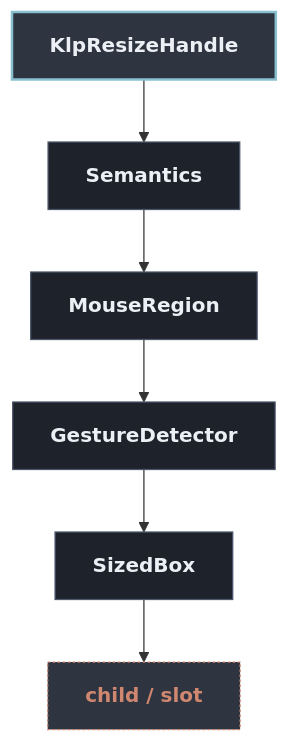
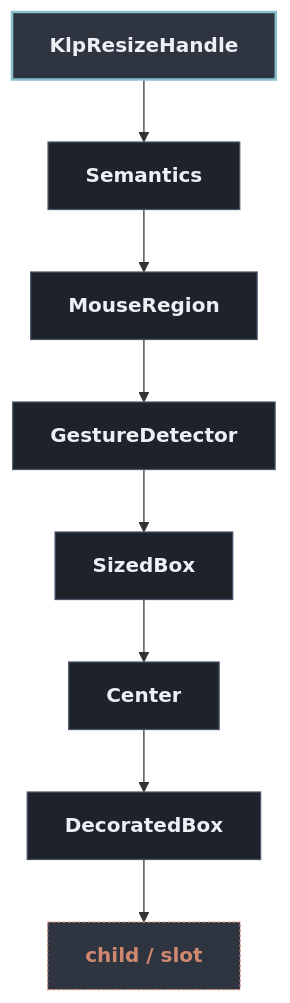
Before and after one commit to MiuDog/Kallopis: the diagram in docs/architecture/components/layout/klp_resize_handle.md, drawn with Mermaid. The commit also changed other lines of this file and 1105 other files, not shown here.

Commit message:
refactor: establish semantic design architecture

````diff
--- a/docs/architecture/components/layout/klp_resize_handle.md
+++ b/docs/architecture/components/layout/klp_resize_handle.md
@@ -13,20 +13,24 @@
 ```mermaid
 flowchart TD
   classDef default fill:#1E222B,stroke:#4C566A,stroke-width:1px,color:#ECEFF4;
   classDef root fill:#2E3440,stroke:#88C0D0,stroke-width:2px,color:#ECEFF4,font-weight:bold;
   classDef reference fill:#3B4252,stroke:#EBCB8B,stroke-width:1.5px,stroke-dasharray: 4 3,color:#EBCB8B;
   classDef container fill:#2E3440,stroke:#A3BE8C,stroke-width:1.5px,color:#A3BE8C;
   classDef slot fill:#2E3440,stroke:#D08770,stroke-width:1px,stroke-dasharray: 2 2,color:#D08770;
 
   root["KlpResizeHandle"]:::root
   n1["Semantics"]
   root --> n1
   n2["MouseRegion"]
   n1 --> n2
   n3["GestureDetector"]
   n2 --> n3
   n4["SizedBox"]
   n3 --> n4
-  n5["child / slot"]:::slot
+  n5["Center"]
   n4 --> n5
+  n6["DecoratedBox"]
+  n5 --> n6
+  n7["child / slot"]:::slot
+  n6 --> n7
 ```
````
